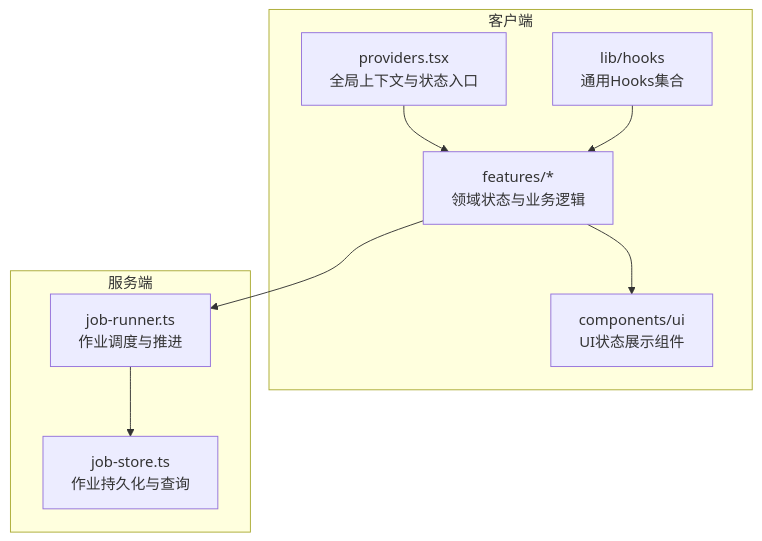
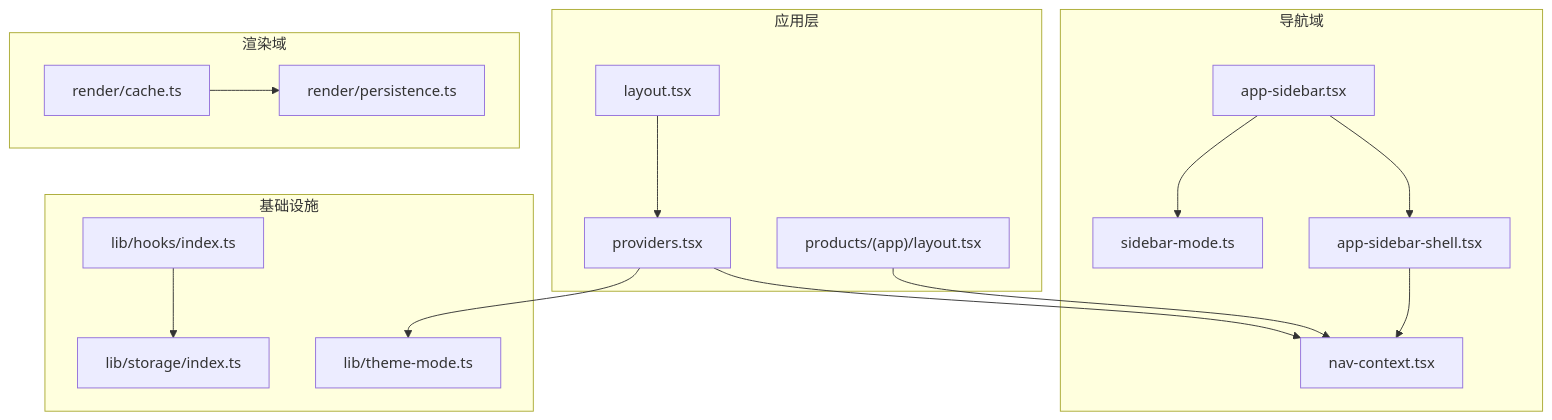
Before and after one commit to scottcwy/PurpleInk: the first of 6 diagrams in .qoder/repowiki/zh/content/前端架构/状态管理.md, drawn with Mermaid. The commit also changed other lines of this file and 872 other files, not shown here.

````diff
--- a/.qoder/repowiki/zh/content/前端架构/状态管理.md
+++ b/.qoder/repowiki/zh/content/前端架构/状态管理.md
@@ -40,18 +49,32 @@
 ```mermaid
 graph TB
-subgraph "客户端"
-A["providers.tsx<br/>全局上下文与状态入口"]
-B["lib/hooks<br/>通用Hooks集合"]
-C["features/*<br/>领域状态与业务逻辑"]
-D["components/ui<br/>UI状态展示组件"]
+subgraph "应用层"
+Providers["providers.tsx"]
+RootLayout["layout.tsx"]
+AppLayout["products/(app)/layout.tsx"]
 end
-subgraph "服务端"
-E["job-runner.ts<br/>作业调度与推进"]
-F["job-store.ts<br/>作业持久化与查询"]
+subgraph "导航域"
+NavContext["nav-context.tsx"]
+SidebarShell["app-sidebar-shell.tsx"]
+Sidebar["app-sidebar.tsx"]
+SidebarMode["sidebar-mode.ts"]
 end
-A --> C
-B --> C
-C --> D
-C --> E
-E --> F
+subgraph "渲染域"
+Cache["render/cache.ts"]
+Persistence["render/persistence.ts"]
+end
+subgraph "基础设施"
+Hooks["lib/hooks/index.ts"]
+Storage["lib/storage/index.ts"]
+ThemeMode["lib/theme-mode.ts"]
+end
+Providers --> NavContext
+Providers --> ThemeMode
+RootLayout --> Providers
+AppLayout --> NavContext
+SidebarShell --> NavContext
+Sidebar --> SidebarShell
+Sidebar --> SidebarMode
+Cache --> Persistence
+Hooks --> Storage
 ```
````
